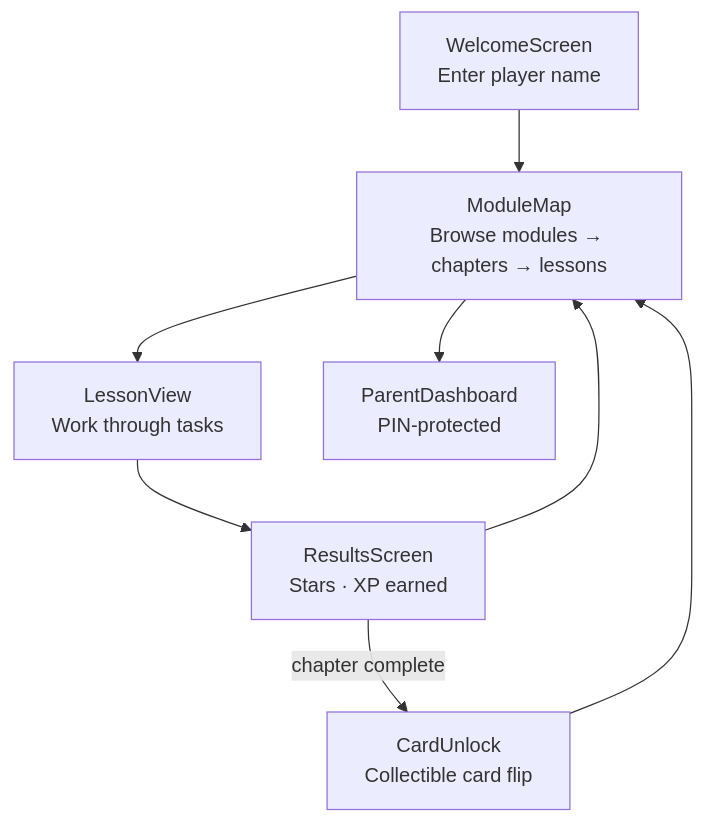
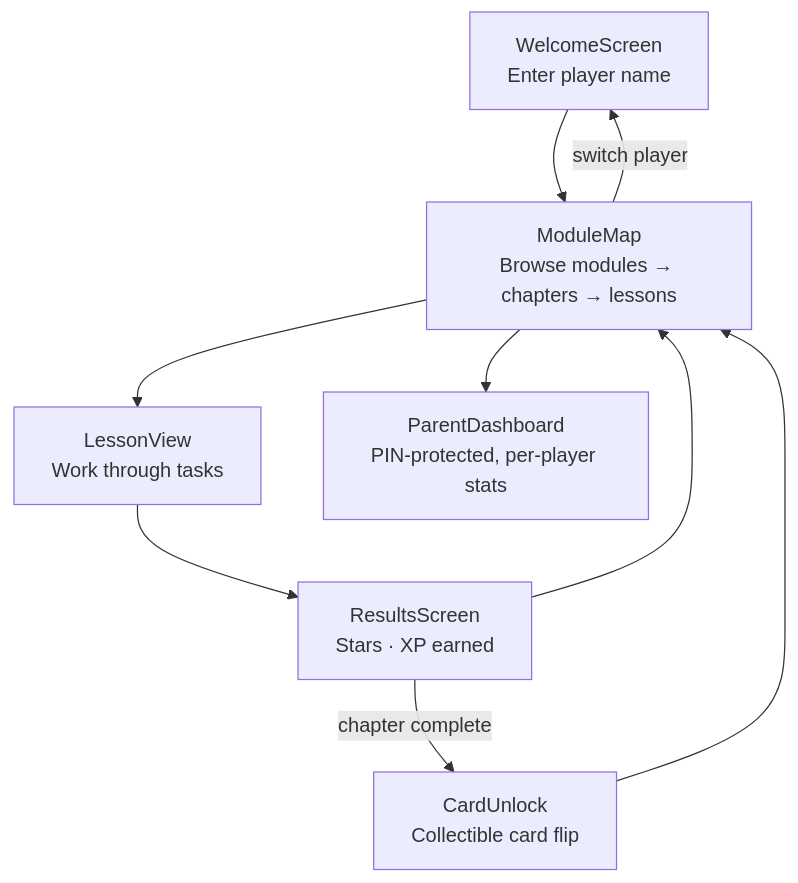
Before and after one commit to RandixGit/DeutschForJay: the first of 7 diagrams in docs/architecture.md, drawn with Mermaid. The commit also changed other lines of this file and 1 other file, not shown here.

First line of the commit message:
Update README and architecture docs to reflect recent changes

````diff
--- a/docs/architecture.md
+++ b/docs/architecture.md
@@ -23,17 +25,18 @@
 ```mermaid
 flowchart TD
     Welcome["WelcomeScreen<br/>Enter player name"]
     Map["ModuleMap<br/>Browse modules → chapters → lessons"]
     Lesson["LessonView<br/>Work through tasks"]
     Results["ResultsScreen<br/>Stars · XP earned"]
     Card["CardUnlock<br/>Collectible card flip"]
-    Parent["ParentDashboard<br/>PIN-protected"]
+    Parent["ParentDashboard<br/>PIN-protected, per-player stats"]
 
     Welcome --> Map
     Map --> Lesson
     Lesson --> Results
     Results -->|chapter complete| Card
     Card --> Map
     Results --> Map
     Map --> Parent
+    Map -->|switch player| Welcome
 ```
````
